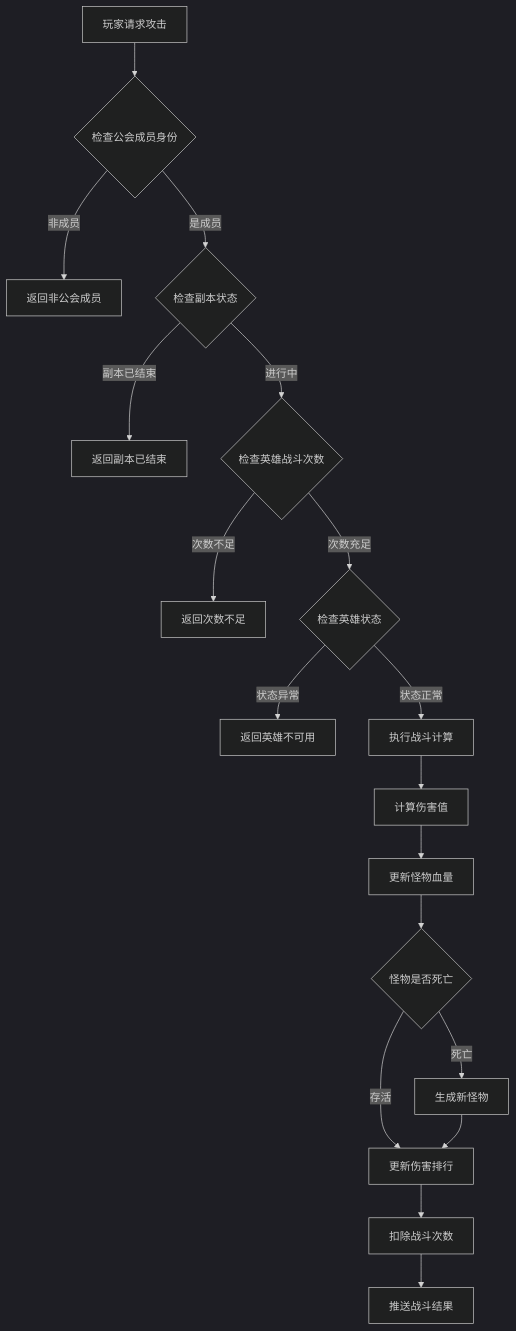
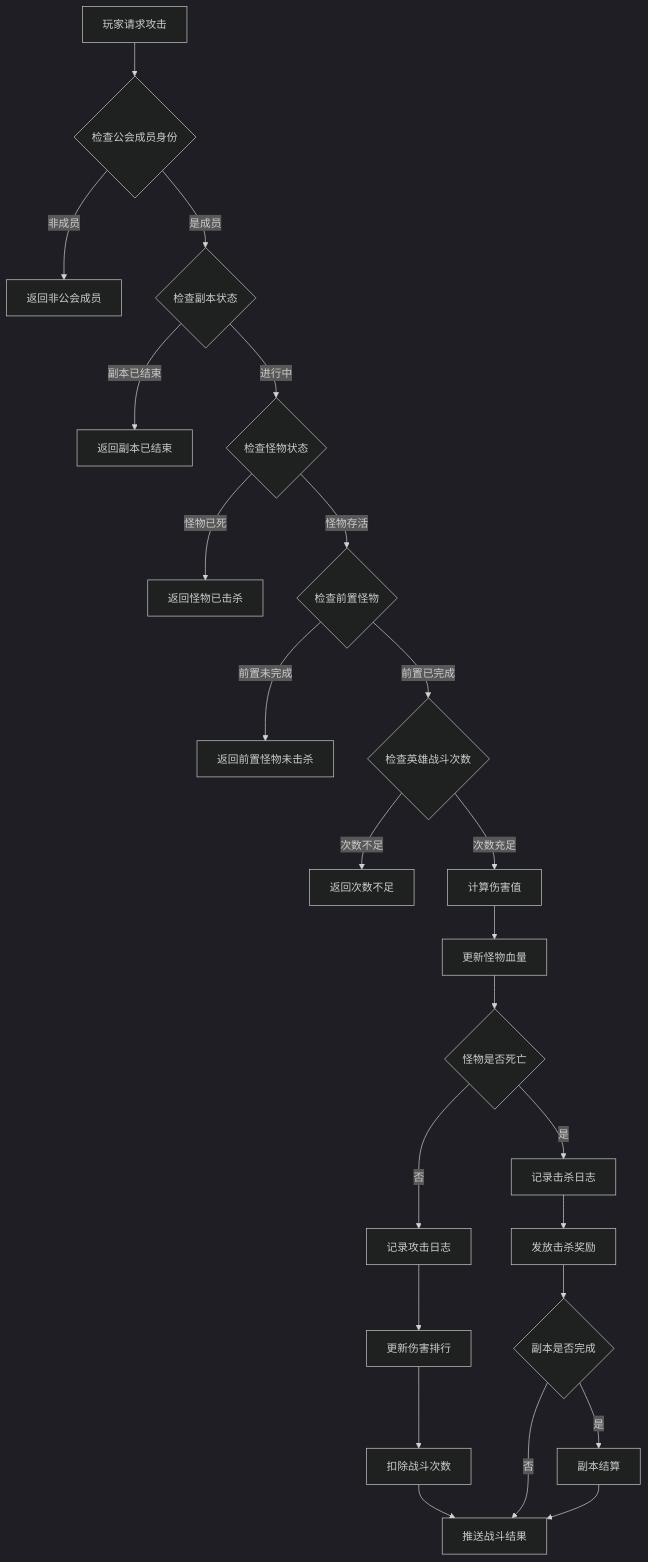
The third of 8 diagrams in docs/Module_GuildDungeon/05_完整说明.md (Alan-Ben/k2c_game_framework), drawn with Mermaid (dark theme) before and after one commit. The commit also changed other lines of this file and 1 other file, not shown here.

Commit message:
docs: 深度完善 GuildDungeon 模块文档（完整字段、流程图、代码示例）

````diff
--- a/docs/Module_GuildDungeon/05_完整说明.md
+++ b/docs/Module_GuildDungeon/05_完整说明.md
@@ -103,20 +152,26 @@
 ```mermaid
 flowchart TD
     A[玩家请求攻击] --> B{检查公会成员身份}
     B -->|非成员| C[返回非公会成员]
     B -->|是成员| D{检查副本状态}
     D -->|副本已结束| E[返回副本已结束]
-    D -->|进行中| F{检查英雄战斗次数}
-    F -->|次数不足| G[返回次数不足]
-    F -->|次数充足| H{检查英雄状态}
-    H -->|状态异常| I[返回英雄不可用]
-    H -->|状态正常| J[执行战斗计算]
-    J --> K[计算伤害值]
-    K --> L[更新怪物血量]
-    L --> M{怪物是否死亡}
-    M -->|死亡| N[生成新怪物]
-    M -->|存活| O[更新伤害排行]
-    N --> O
-    O --> P[扣除战斗次数]
-    P --> Q[推送战斗结果]
+    D -->|进行中| F{检查怪物状态}
+    F -->|怪物已死| G[返回怪物已击杀]
+    F -->|怪物存活| H{检查前置怪物}
+    H -->|前置未完成| I[返回前置怪物未击杀]
+    H -->|前置已完成| J{检查英雄战斗次数}
+    J -->|次数不足| K[返回次数不足]
+    J -->|次数充足| L[计算伤害值]
+    L --> M[更新怪物血量]
+    M --> N{怪物是否死亡}
+    N -->|是| O[记录击杀日志]
+    O --> P[发放击杀奖励]
+    P --> Q{副本是否完成}
+    N -->|否| R[记录攻击日志]
+    R --> S[更新伤害排行]
+    S --> T[扣除战斗次数]
+    T --> U[推送战斗结果]
+    Q -->|是| V[副本结算]
+    Q -->|否| U
+    V --> U
 ```
````
